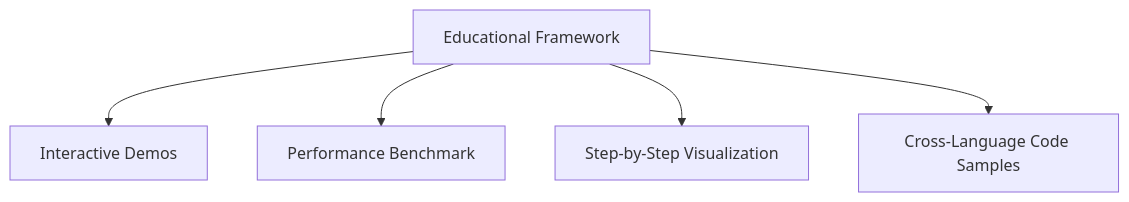
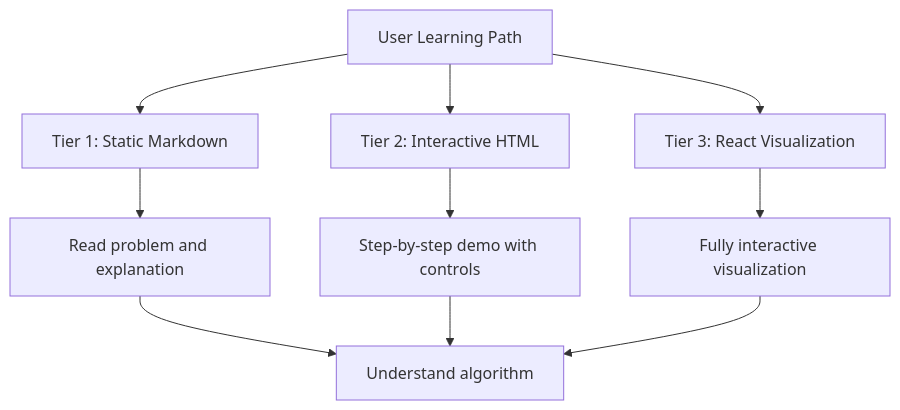
The seventh of 11 diagrams in README.md (myoshi2891/Algorithm-DataStructures-Math-SQL), drawn with Mermaid before and after one commit. The commit also changed other lines of this file, not shown here.

````diff
--- a/README.md
+++ b/README.md
@@ -90,7 +209,14 @@
 ```mermaid
 flowchart TD
-    A[Educational Framework] --> B1[Interactive Demos]
-    A --> B2[Performance Benchmark]
-    A --> B3[Step-by-Step Visualization]
-    A --> B4[Cross-Language Code Samples]
+    User[User Learning Path] --> Tier1[Tier 1: Static Markdown]
+    User --> Tier2[Tier 2: Interactive HTML]
+    User --> Tier3[Tier 3: React Visualization]
+    
+    Tier1 --> Read[Read problem and explanation]
+    Tier2 --> Demo[Step-by-step demo with controls]
+    Tier3 --> Interactive[Fully interactive visualization]
+    
+    Read --> Understand[Understand algorithm]
+    Demo --> Understand
+    Interactive --> Understand
 ```
````
